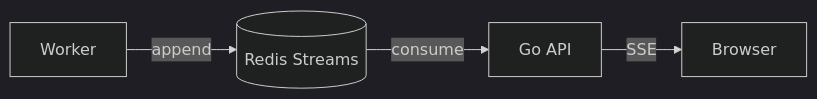
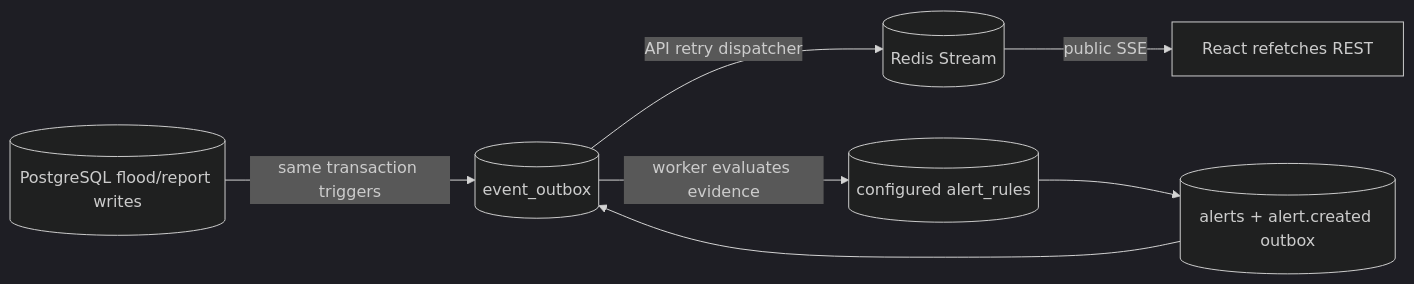
Before and after one commit to err0r4o4-dev/FloodWatch-Ongkharak: the diagram in docs/architecture/realtime.md, drawn with Mermaid (dark theme). The commit also changed other lines of this file and 48 other files, not shown here.

Commit message:
feat: implement real-time alerts, community reports, and backend outbox dispatcher with frontend views

````diff
--- a/docs/architecture/realtime.md
+++ b/docs/architecture/realtime.md
@@ -3,6 +10,9 @@
 ```mermaid
 flowchart LR
-  Worker -->|append| Streams[(Redis Streams)]
-  Streams -->|consume| API[Go API]
-  API -->|SSE| Browser
+  Canonical[(PostgreSQL flood/report writes)] -->|same transaction triggers| Outbox[(event_outbox)]
+  Outbox -->|API retry dispatcher| Redis[(Redis Stream)]
+  Redis -->|public SSE| Browser[React refetches REST]
+  Outbox -->|worker evaluates evidence| Rules[(configured alert_rules)]
+  Rules --> Alerts[(alerts + alert.created outbox)]
+  Alerts --> Outbox
 ```
````
